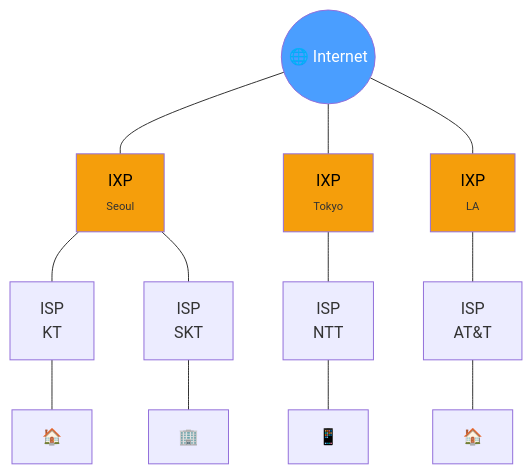
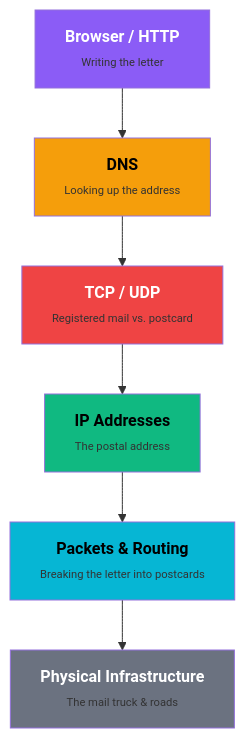
Before and after one commit to CodeSeoul/how-the-internet-works-presentation: the first of 10 diagrams in slides.md, drawn with Mermaid. The commit also changed other lines of this file, not shown here.

First line of the commit message:
Reorganize slides top-down following OSI stack from browser to wires

````diff
--- a/slides.md
+++ b/slides.md
@@ -160,27 +60,18 @@
-```mermaid {theme: 'dark', scale: 0.85}
+```mermaid {theme: 'dark', scale: 0.75}
 flowchart TD
-    Internet(("🌐 Internet"))
-    IXP1["IXP<br/><span style='font-size:0.7em'>Seoul</span>"]
-    IXP2["IXP<br/><span style='font-size:0.7em'>Tokyo</span>"]
-    IXP3["IXP<br/><span style='font-size:0.7em'>LA</span>"]
-    ISP1["ISP<br/>KT"]
-    ISP2["ISP<br/>SKT"]
-    ISP3["ISP<br/>NTT"]
-    ISP4["ISP<br/>AT&T"]
-    D1["🏠"]
-    D2["🏢"]
-    D3["📱"]
-    D4["🏠"]
-    Internet --- IXP1 & IXP2 & IXP3
-    IXP1 --- ISP1 & ISP2
-    IXP2 --- ISP3
-    IXP3 --- ISP4
-    ISP1 --- D1
-    ISP2 --- D2
-    ISP3 --- D3
-    ISP4 --- D4
-    style Internet fill:#4a9eff,color:#fff
-    style IXP1 fill:#f59e0b,color:#000
-    style IXP2 fill:#f59e0b,color:#000
-    style IXP3 fill:#f59e0b,color:#000
+    L7["<b>Browser / HTTP</b><br/><span style='font-size:0.7em'>Writing the letter</span>"]
+    L6["<b>DNS</b><br/><span style='font-size:0.7em'>Looking up the address</span>"]
+    L5["<b>TCP / UDP</b><br/><span style='font-size:0.7em'>Registered mail vs. postcard</span>"]
+    L4["<b>IP Addresses</b><br/><span style='font-size:0.7em'>The postal address</span>"]
+    L3["<b>Packets & Routing</b><br/><span style='font-size:0.7em'>Breaking the letter into postcards</span>"]
+    L2["<b>Physical Infrastructure</b><br/><span style='font-size:0.7em'>The mail truck & roads</span>"]
+
+    L7 --> L6 --> L5 --> L4 --> L3 --> L2
+
+    style L7 fill:#8b5cf6,color:#fff
+    style L6 fill:#f59e0b,color:#000
+    style L5 fill:#ef4444,color:#fff
+    style L4 fill:#10b981,color:#000
+    style L3 fill:#06b6d4,color:#000
+    style L2 fill:#6b7280,color:#fff
 ```
````
